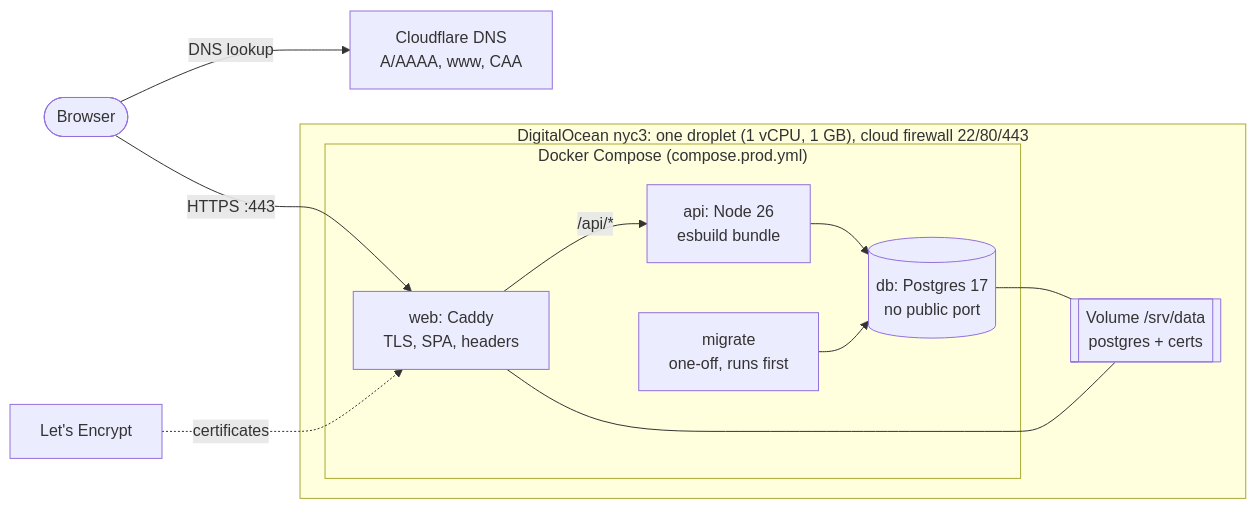
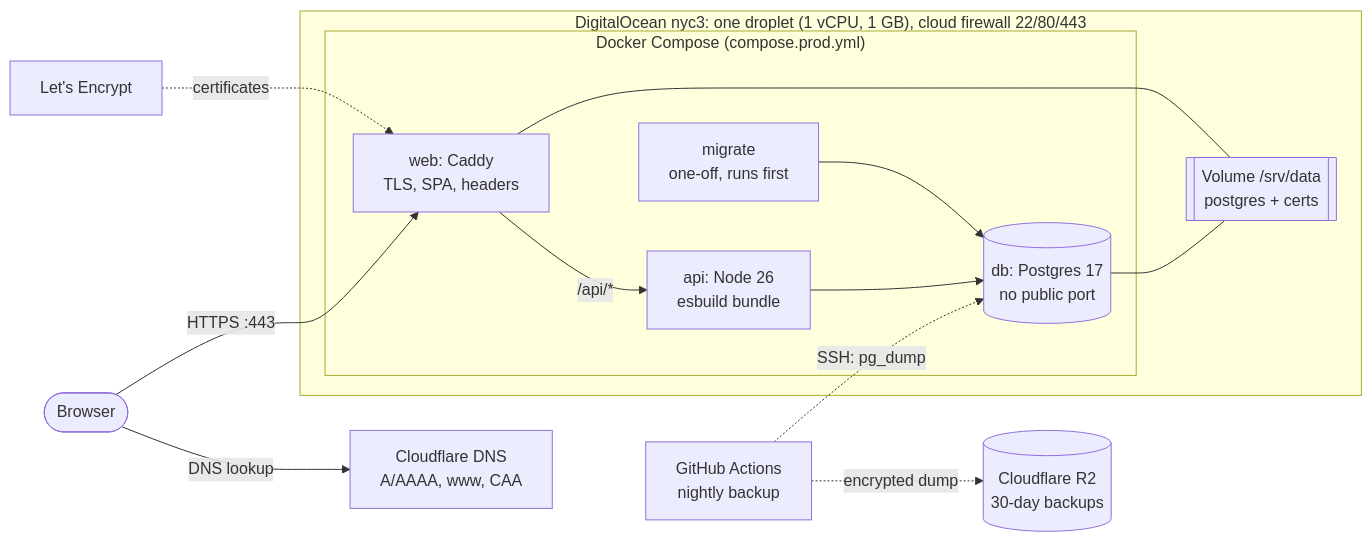
The fifth of 6 diagrams in docs/architecture.md (brianpatterson/interview-app), drawn with Mermaid before and after one commit. The commit also changed other lines of this file and 11 other files, not shown here.

First line of the commit message:
feat: nightly encrypted backups to R2 with an automatic restore test

````diff
--- a/docs/architecture.md
+++ b/docs/architecture.md
@@ -198,22 +198,24 @@
 ```mermaid
 flowchart LR
   user([Browser]) -->|DNS lookup| cf[Cloudflare DNS<br/>A/AAAA, www, CAA]
   user -->|HTTPS :443| caddy
 
   subgraph do["DigitalOcean nyc3: one droplet (1 vCPU, 1 GB), cloud firewall 22/80/443"]
     subgraph compose["Docker Compose (compose.prod.yml)"]
       caddy[web: Caddy<br/>TLS, SPA, headers]
       api[api: Node 26<br/>esbuild bundle]
       migrate[migrate<br/>one-off, runs first]
       db[(db: Postgres 17<br/>no public port)]
     end
     vol[[Volume /srv/data<br/>postgres + certs]]
   end
 
   caddy -->|/api/*| api
   api --> db
   migrate --> db
   db --- vol
   caddy --- vol
   le[Let's Encrypt] -.certificates.-> caddy
+  gha[GitHub Actions<br/>nightly backup] -.SSH: pg_dump.-> db
+  gha -.encrypted dump.-> r2[(Cloudflare R2<br/>30-day backups)]
 ```
````
